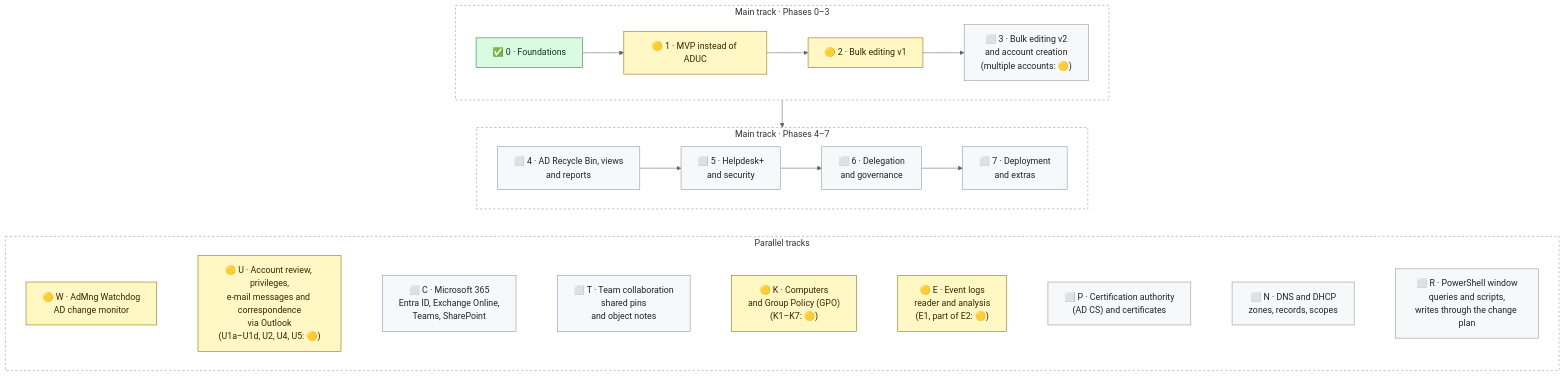
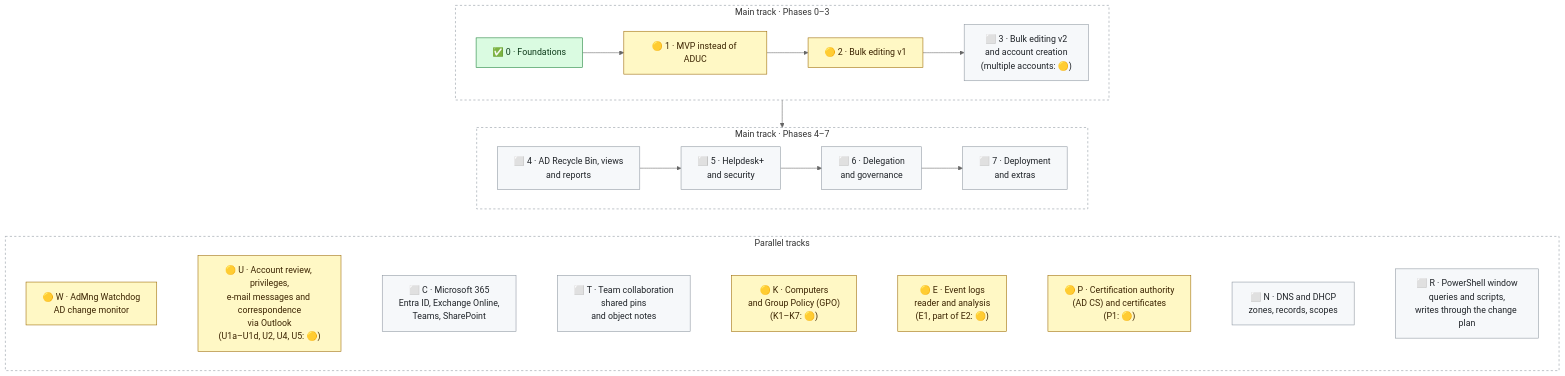
The second of 2 diagrams in README.md (DarienRahl/AD_MNG), drawn with Mermaid (neutral theme) before and after one commit. The commit also changed other lines of this file and 11 other files, not shown here.

First line of the commit message:
P1 docs: CERTYFIKATY.md / CERTIFICATES.md, track P status, pilot scenarios, architecture

````diff
--- a/README.md
+++ b/README.md
@@ -341,26 +355,26 @@
 ```mermaid
 flowchart TB
     subgraph A["Main track · Phases 0–3"]
         direction LR
         F0["✅ 0 · Foundations"] --> F1["🟡 1 · MVP instead of ADUC"] --> F2["🟡 2 · Bulk editing v1"] --> F3["⬜ 3 · Bulk editing v2<br/>and account creation<br/>(multiple accounts: 🟡)"]
     end
     subgraph B["Main track · Phases 4–7"]
         direction LR
         F4["⬜ 4 · AD Recycle Bin, views<br/>and reports"] --> F5["⬜ 5 · Helpdesk+<br/>and security"] --> F6["⬜ 6 · Delegation<br/>and governance"] --> F7["⬜ 7 · Deployment<br/>and extras"]
     end
     subgraph C["Parallel tracks"]
         direction LR
-        W["🟡 W · AdMng Watchdog<br/>AD change monitor"] ~~~ U["🟡 U · Account review, privileges,<br/>e-mail messages and correspondence<br/>via Outlook<br/>(U1a–U1d, U2, U4, U5: 🟡)"] ~~~ M365["⬜ C · Microsoft 365<br/>Entra ID, Exchange Online,<br/>Teams, SharePoint"] ~~~ TEAM["⬜ T · Team collaboration<br/>shared pins<br/>and object notes"] ~~~ K["🟡 K · Computers<br/>and Group Policy (GPO)<br/>(K1–K7: 🟡)"] ~~~ EVT["🟡 E · Event logs<br/>reader and analysis<br/>(E1, part of E2: 🟡)"] ~~~ PKI["⬜ P · Certification authority<br/>(AD CS) and certificates"] ~~~ NET["⬜ N · DNS and DHCP<br/>zones, records, scopes"] ~~~ PWSH["⬜ R · PowerShell window<br/>queries and scripts,<br/>writes through the change plan"]
+        W["🟡 W · AdMng Watchdog<br/>AD change monitor"] ~~~ U["🟡 U · Account review, privileges,<br/>e-mail messages and correspondence<br/>via Outlook<br/>(U1a–U1d, U2, U4, U5: 🟡)"] ~~~ M365["⬜ C · Microsoft 365<br/>Entra ID, Exchange Online,<br/>Teams, SharePoint"] ~~~ TEAM["⬜ T · Team collaboration<br/>shared pins<br/>and object notes"] ~~~ K["🟡 K · Computers<br/>and Group Policy (GPO)<br/>(K1–K7: 🟡)"] ~~~ EVT["🟡 E · Event logs<br/>reader and analysis<br/>(E1, part of E2: 🟡)"] ~~~ PKI["🟡 P · Certification authority<br/>(AD CS) and certificates<br/>(P1: 🟡)"] ~~~ NET["⬜ N · DNS and DHCP<br/>zones, records, scopes"] ~~~ PWSH["⬜ R · PowerShell window<br/>queries and scripts,<br/>writes through the change plan"]
     end
     A --> B
     B ~~~ C
     classDef done fill:#dafbe1,stroke:#1a7f37,color:#0d3a1a
     classDef wip fill:#fff8c5,stroke:#9a6700,color:#3b2300
     classDef todo fill:#f6f8fa,stroke:#8c959f,color:#1f2328
     class F0 done
-    class F1,F2,W,U,K,EVT wip
-    class F3,F4,F5,F6,F7,M365,TEAM,PKI,NET,PWSH todo
+    class F1,F2,W,U,K,EVT,PKI wip
+    class F3,F4,F5,F6,F7,M365,TEAM,NET,PWSH todo
     style A fill:transparent,stroke:#8c959f,stroke-dasharray:4 4
     style B fill:transparent,stroke:#8c959f,stroke-dasharray:4 4
     style C fill:transparent,stroke:#8c959f,stroke-dasharray:4 4
 ```
````
